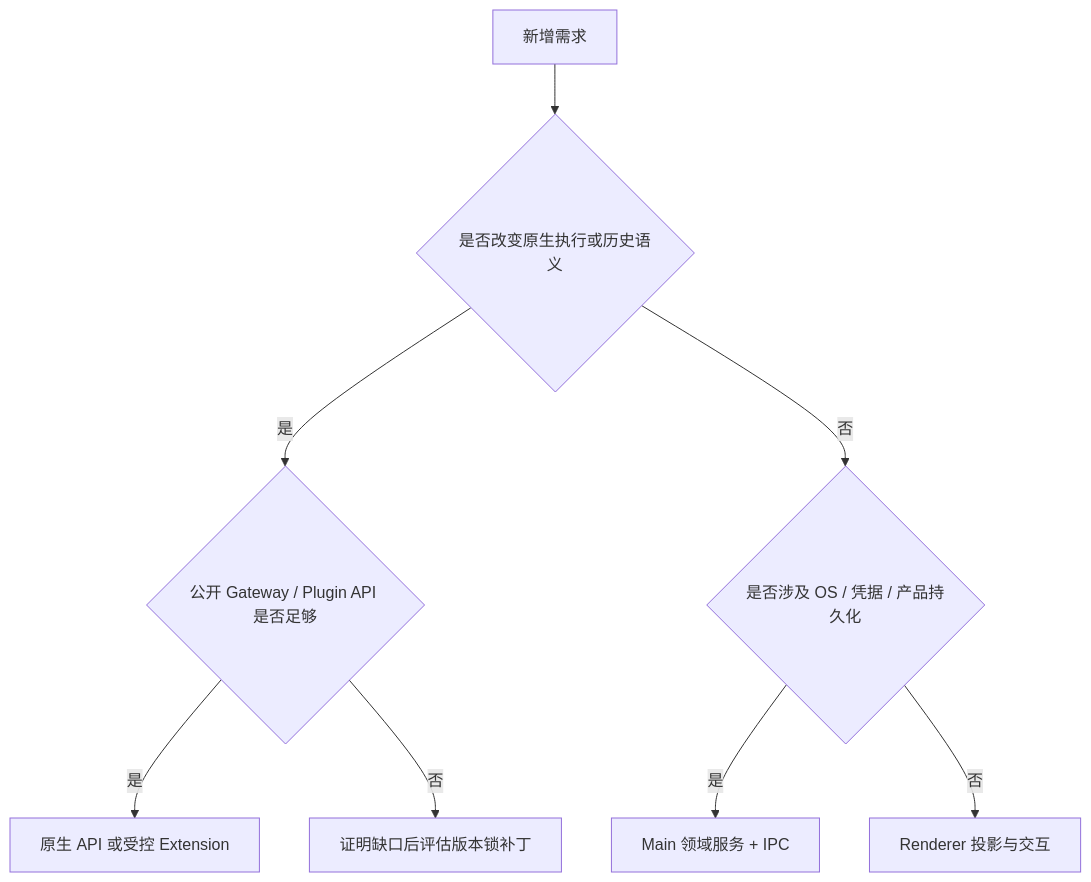
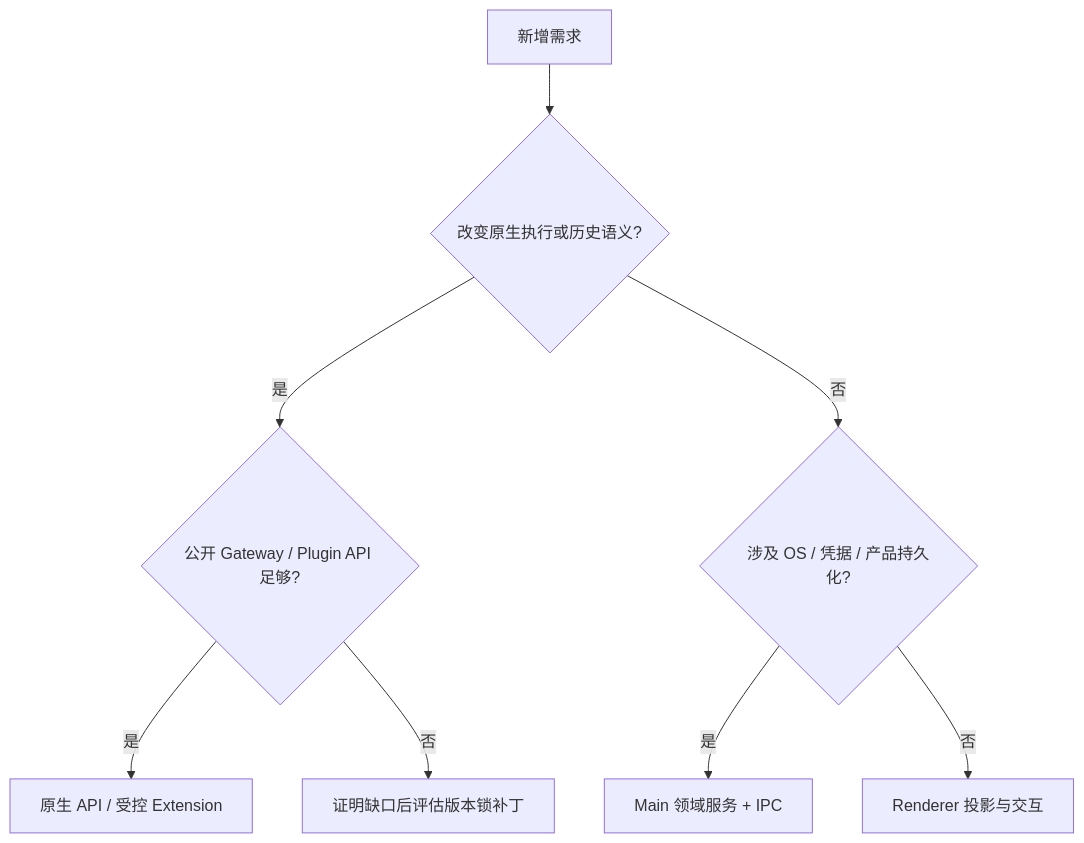
Before and after one commit to liangxhao/JustDo: the diagram in docs/architecture/14-openclaw-frontend-boundary.md, drawn with Mermaid. The commit also changed other lines of this file and 70 other files, not shown here.

Commit message:
docs: reorganize architecture, features, and plans

````diff
--- a/docs/architecture/14-openclaw-frontend-boundary.md
+++ b/docs/architecture/14-openclaw-frontend-boundary.md
@@ -7,10 +7,10 @@
 ```mermaid
 flowchart TD
-  Need[新增需求] --> Native{是否改变原生执行或历史语义}
-  Native -->|是| API{公开 Gateway / Plugin API 是否足够}
-  API -->|是| Extension[原生 API 或受控 Extension]
+  Need[新增需求] --> Native{改变原生执行或历史语义?}
+  Native -->|是| API{公开 Gateway / Plugin API 足够?}
+  API -->|是| Extension[原生 API / 受控 Extension]
   API -->|否| Gap[证明缺口后评估版本锁补丁]
-  Native -->|否| System{是否涉及 OS / 凭据 / 产品持久化}
+  Native -->|否| System{涉及 OS / 凭据 / 产品持久化?}
   System -->|是| Main[Main 领域服务 + IPC]
   System -->|否| Display[Renderer 投影与交互]
 ```
````
